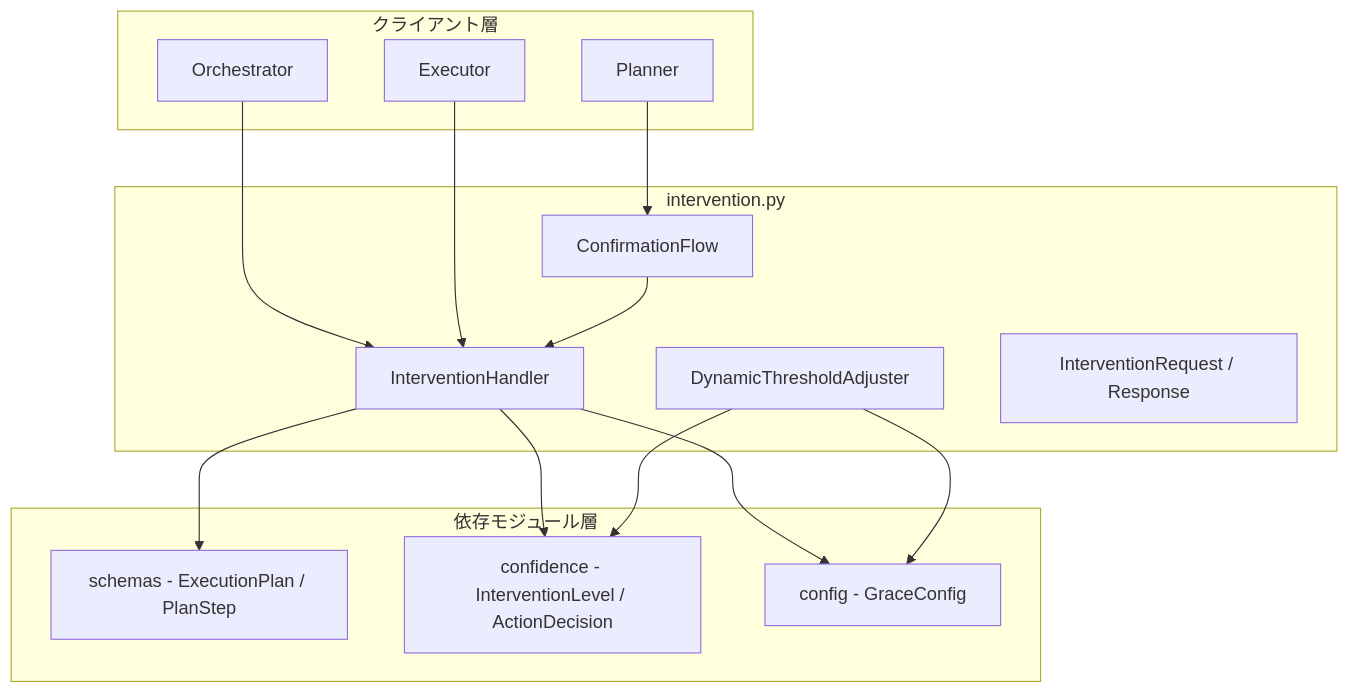
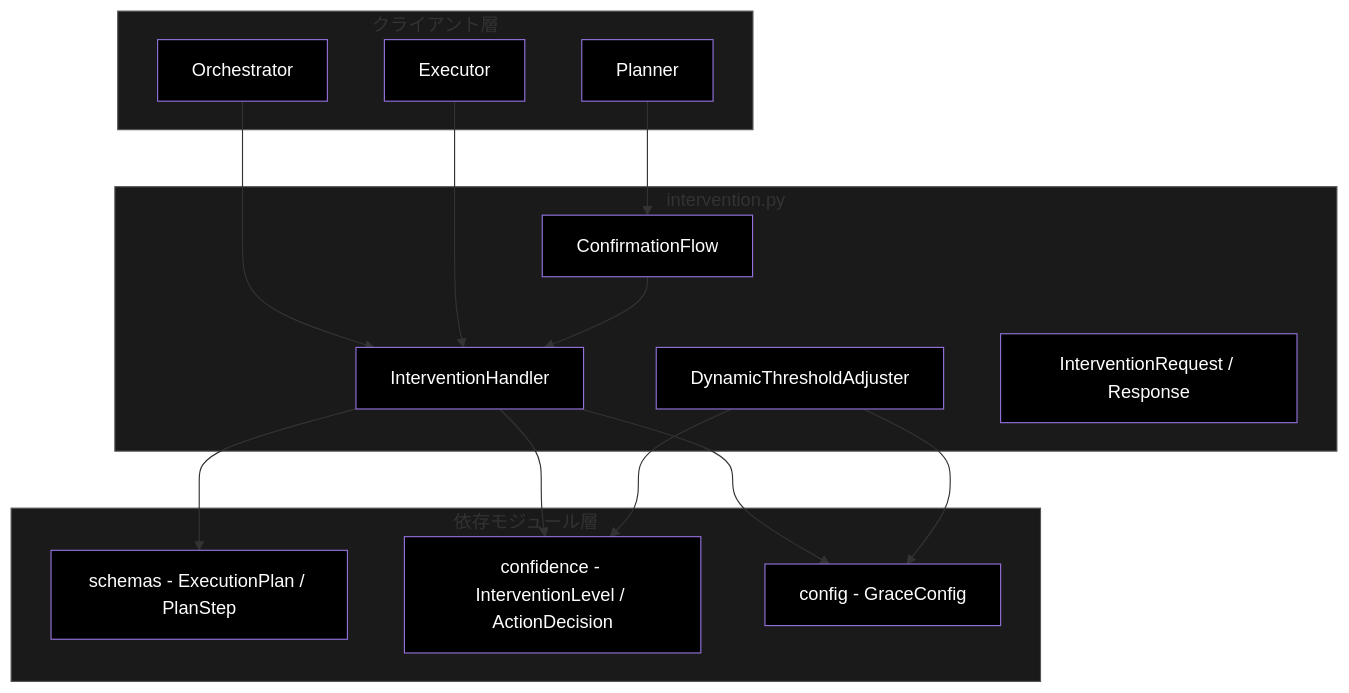
One commit to nakashima2toshio/anthropic_grace_agent changed the first of 3 diagrams in grace/doc/intervention.md. Above: the diagram before and after it, drawn with Mermaid. The commit also changed other lines of this file and 18 other files, not shown here.

````diff
--- a/grace/doc/intervention.md
+++ b/grace/doc/intervention.md
@@ -71,31 +71,45 @@
 ```mermaid
 flowchart TB
     subgraph CLIENT["クライアント層"]
         ORCH[Orchestrator]
         EXEC[Executor]
         PLAN[Planner]
     end
 
     subgraph MODULE["intervention.py"]
         HANDLER[InterventionHandler]
         ADJUSTER[DynamicThresholdAdjuster]
         FLOW[ConfirmationFlow]
         REQ[InterventionRequest / Response]
     end
 
     subgraph EXTERNAL["依存モジュール層"]
         SCHEMAS[schemas - ExecutionPlan / PlanStep]
         CONF[confidence - InterventionLevel / ActionDecision]
         CONFIG[config - GraceConfig]
     end
 
     ORCH --> HANDLER
     EXEC --> HANDLER
     PLAN --> FLOW
     FLOW --> HANDLER
     HANDLER --> SCHEMAS
     HANDLER --> CONF
     HANDLER --> CONFIG
     ADJUSTER --> CONF
     ADJUSTER --> CONFIG
+
+    style ORCH fill:#000,color:#fff
+    style EXEC fill:#000,color:#fff
+    style PLAN fill:#000,color:#fff
+    style HANDLER fill:#000,color:#fff
+    style ADJUSTER fill:#000,color:#fff
+    style FLOW fill:#000,color:#fff
+    style REQ fill:#000,color:#fff
+    style SCHEMAS fill:#000,color:#fff
+    style CONF fill:#000,color:#fff
+    style CONFIG fill:#000,color:#fff
+    style CLIENT fill:#1a1a1a,stroke:#555
+    style MODULE fill:#1a1a1a,stroke:#555
+    style EXTERNAL fill:#1a1a1a,stroke:#555
 ```
````
